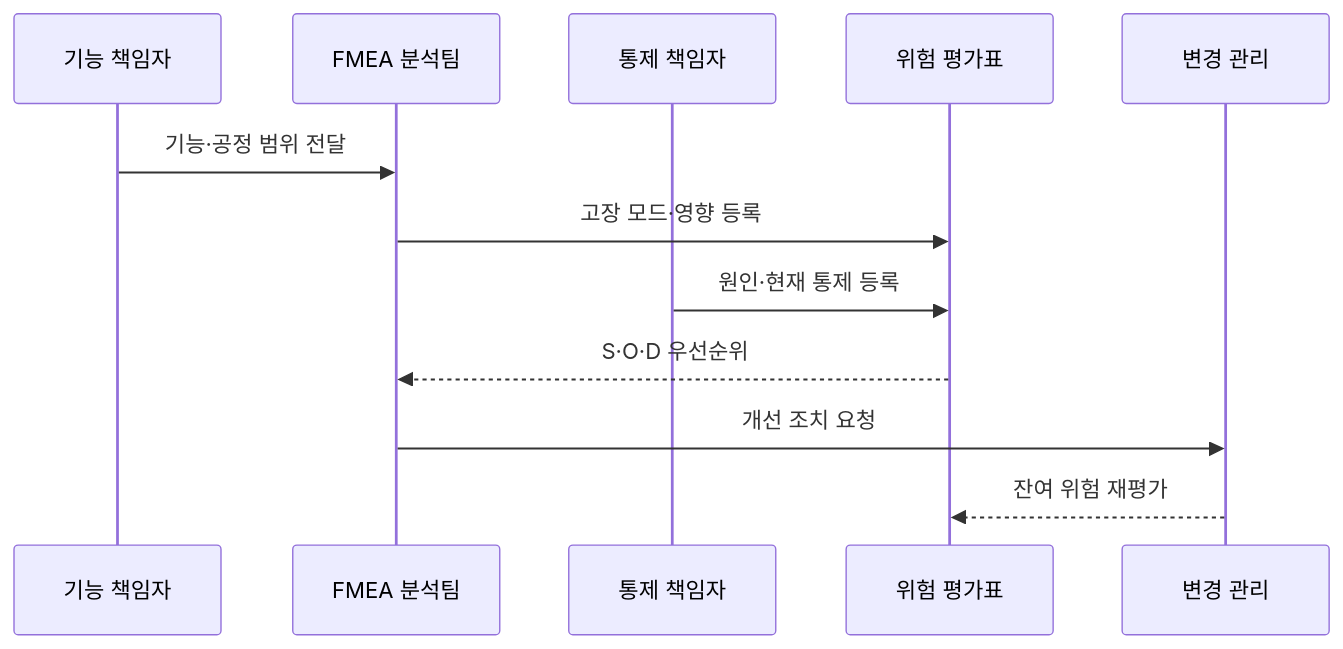
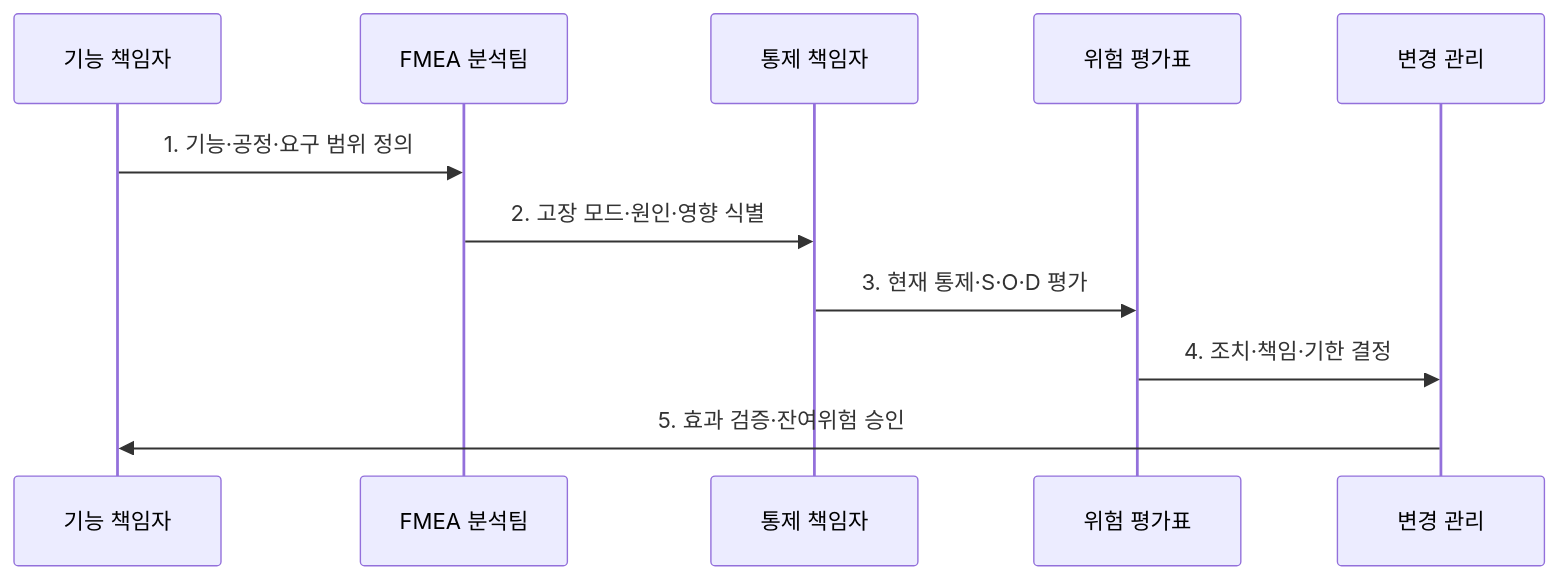
The second of 2 diagrams in src/content/docs/notes/06-evaluation/028_fmea_failure_mode_effect_analysis.md (agnusdei1207/knowledge-base), drawn with Mermaid before and after one commit. The commit also changed other lines of this file and 6 other files, not shown here.

````diff
--- a/src/content/docs/notes/06-evaluation/028_fmea_failure_mode_effect_analysis.md
+++ b/src/content/docs/notes/06-evaluation/028_fmea_failure_mode_effect_analysis.md
@@ -85,14 +86,13 @@
 ```mermaid
 sequenceDiagram
-    participant O as 기능 책임자
-    participant A as FMEA 분석팀
-    participant C as 통제 책임자
-    participant R as 위험 평가표
-    participant M as 변경 관리
-    O->>A: 기능·공정 범위 전달
-    A->>R: 고장 모드·영향 등록
-    C->>R: 원인·현재 통제 등록
-    R-->>A: S·O·D 우선순위
-    A->>M: 개선 조치 요청
-    M-->>R: 잔여 위험 재평가
+  participant O as 기능 책임자
+  participant A as FMEA 분석팀
+  participant C as 통제 책임자
+  participant R as 위험 평가표
+  participant M as 변경 관리
+  O->>A: 1. 기능·공정·요구 범위 정의
+  A->>C: 2. 고장 모드·원인·영향 식별
+  C->>R: 3. 현재 통제·S·O·D 평가
+  R->>M: 4. 조치·책임·기한 결정
+  M->>O: 5. 효과 검증·잔여위험 승인
 ```
````
